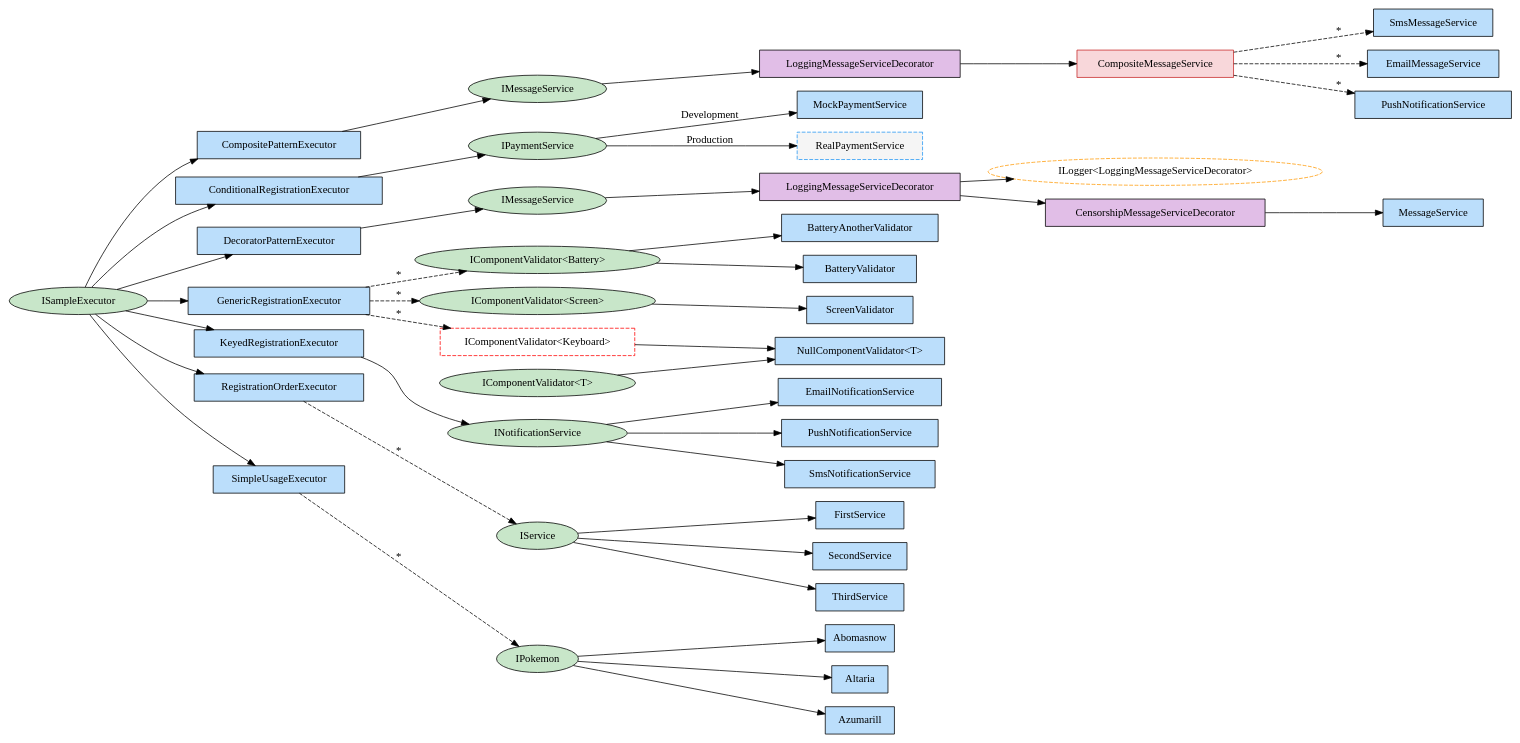
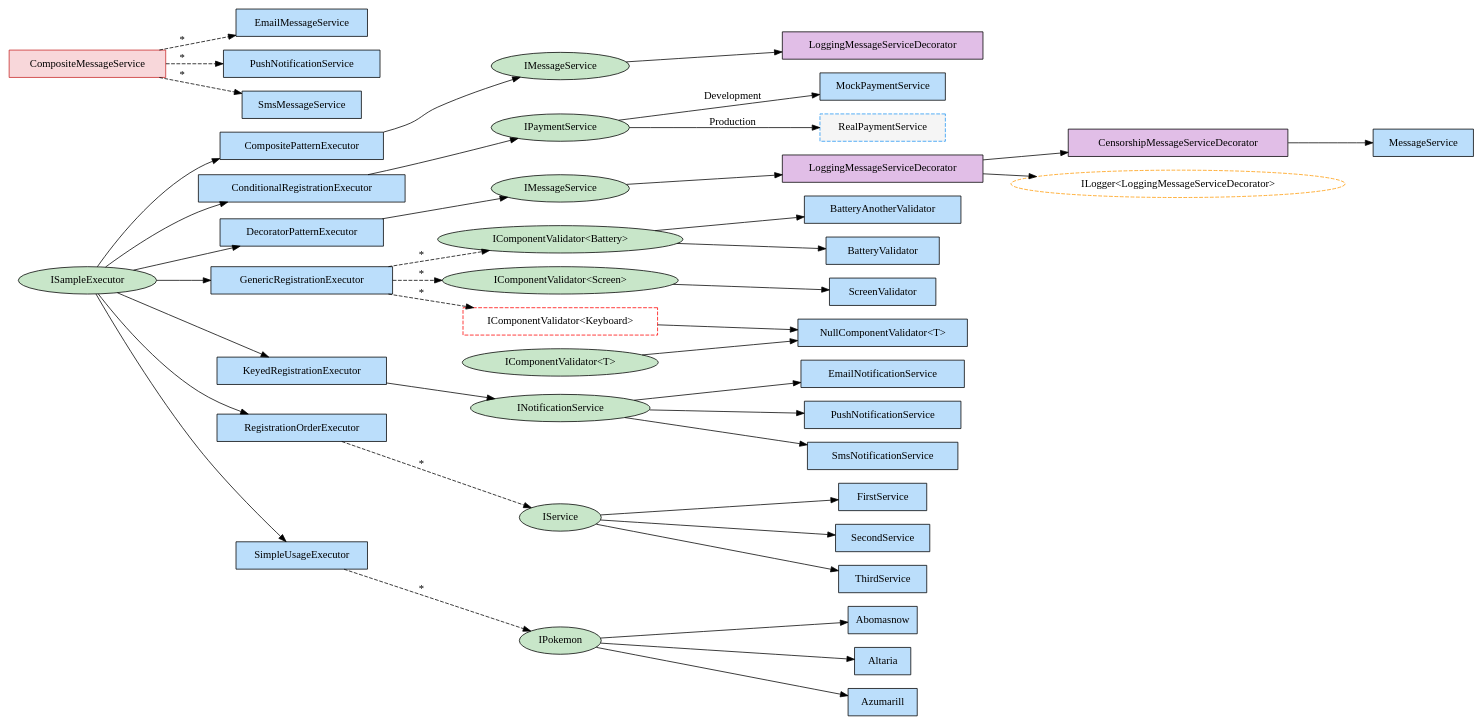
Before and after one commit to arika0093/Qudi: the diagram in examples/Qudi.Example.Readme/exported/all.dot, drawn with Graphviz. The commit also changed 2 other files, not shown here.

```diff
--- a/examples/Qudi.Example.Readme/exported/all.dot
+++ b/examples/Qudi.Example.Readme/exported/all.dot
@@ -1,87 +1,86 @@
 digraph Qudi {
   rankdir=LR;
 node [shape=box, fontname="Consolas"];
   "Qudi.Examples.SimpleUsage.Abomasnow" [label="Abomasnow", shape=box, style=filled, fillcolor="#bbdefb"];
   "Qudi.Examples.SimpleUsage.Altaria" [label="Altaria", shape=box, style=filled, fillcolor="#bbdefb"];
   "Qudi.Examples.SimpleUsage.Azumarill" [label="Azumarill", shape=box, style=filled, fillcolor="#bbdefb"];
   "Qudi.Examples.GenericRegistration.BatteryAnotherValidator" [label="BatteryAnotherValidator", shape=box, style=filled, fillcolor="#bbdefb"];
   "Qudi.Examples.GenericRegistration.BatteryValidator" [label="BatteryValidator", shape=box, style=filled, fillcolor="#bbdefb"];
   "Qudi.Examples.DecoratorPattern.CensorshipMessageServiceDecorator" [label="CensorshipMessageServiceDecorator", shape=box, style=filled, fillcolor="#e1bee7"];
   "Qudi.Examples.CompositePattern.CompositeMessageService" [label="CompositeMessageService", shape=box, style=filled, fillcolor="#f8d7da", color="#c62828"];
   "Qudi.Examples.CompositePattern.CompositePatternExecutor" [label="CompositePatternExecutor", shape=box, style=filled, fillcolor="#bbdefb"];
   "Qudi.Examples.ConditionalRegistration.ConditionalRegistrationExecutor" [label="ConditionalRegistrationExecutor", shape=box, style=filled, fillcolor="#bbdefb"];
   "Qudi.Examples.DecoratorPattern.DecoratorPatternExecutor" [label="DecoratorPatternExecutor", shape=box, style=filled, fillcolor="#bbdefb"];
   "Qudi.Examples.CompositePattern.EmailMessageService" [label="EmailMessageService", shape=box, style=filled, fillcolor="#bbdefb"];
   "Qudi.Examples.KeyedRegistration.EmailNotificationService" [label="EmailNotificationService", shape=box, style=filled, fillcolor="#bbdefb"];
   "Qudi.Examples.RegistrationOrder.FirstService" [label="FirstService", shape=box, style=filled, fillcolor="#bbdefb"];
   "Qudi.Examples.GenericRegistration.GenericRegistrationExecutor" [label="GenericRegistrationExecutor", shape=box, style=filled, fillcolor="#bbdefb"];
   "Qudi.Examples.GenericRegistration.IComponentValidator<Qudi.Examples.GenericRegistration.Battery>" [label="IComponentValidator<Battery>", shape=ellipse, style=filled, fillcolor="#c8e6c9"];
   "Qudi.Examples.GenericRegistration.IComponentValidator<Qudi.Examples.GenericRegistration.Keyboard>" [label="IComponentValidator<Keyboard>", shape=box, style=dashed, color=red];
   "Qudi.Examples.GenericRegistration.IComponentValidator<Qudi.Examples.GenericRegistration.Screen>" [label="IComponentValidator<Screen>", shape=ellipse, style=filled, fillcolor="#c8e6c9"];
   "Qudi.Examples.GenericRegistration.IComponentValidator<T>" [label="IComponentValidator<T>", shape=ellipse, style=filled, fillcolor="#c8e6c9"];
   "Microsoft.Extensions.Logging.ILogger<Qudi.Examples.DecoratorPattern.LoggingMessageServiceDecorator>" [label="ILogger<LoggingMessageServiceDecorator>", shape=ellipse, style=dashed, fillcolor="#ffe0b2", color="#ff9800"];
   "Qudi.Examples.CompositePattern.IMessageService" [label="IMessageService", shape=ellipse, style=filled, fillcolor="#c8e6c9"];
   "Qudi.Examples.DecoratorPattern.IMessageService" [label="IMessageService", shape=ellipse, style=filled, fillcolor="#c8e6c9"];
   "Qudi.Examples.KeyedRegistration.INotificationService" [label="INotificationService", shape=ellipse, style=filled, fillcolor="#c8e6c9"];
   "Qudi.Examples.ConditionalRegistration.IPaymentService" [label="IPaymentService", shape=ellipse, style=filled, fillcolor="#c8e6c9"];
   "Qudi.Examples.SimpleUsage.IPokemon" [label="IPokemon", shape=ellipse, style=filled, fillcolor="#c8e6c9"];
   "Qudi.Examples.ISampleExecutor" [label="ISampleExecutor", shape=ellipse, style=filled, fillcolor="#c8e6c9"];
   "Qudi.Examples.RegistrationOrder.IService" [label="IService", shape=ellipse, style=filled, fillcolor="#c8e6c9"];
   "Qudi.Examples.KeyedRegistration.KeyedRegistrationExecutor" [label="KeyedRegistrationExecutor", shape=box, style=filled, fillcolor="#bbdefb"];
   "Qudi.Examples.CompositePattern.LoggingMessageServiceDecorator" [label="LoggingMessageServiceDecorator", shape=box, style=filled, fillcolor="#e1bee7"];
   "Qudi.Examples.DecoratorPattern.LoggingMessageServiceDecorator" [label="LoggingMessageServiceDecorator", shape=box, style=filled, fillcolor="#e1bee7"];
   "Qudi.Examples.DecoratorPattern.MessageService" [label="MessageService", shape=box, style=filled, fillcolor="#bbdefb"];
   "Qudi.Examples.ConditionalRegistration.MockPaymentService" [label="MockPaymentService", shape=box, style=filled, fillcolor="#bbdefb"];
   "Qudi.Examples.GenericRegistration.NullComponentValidator<T>" [label="NullComponentValidator<T>", shape=box, style=filled, fillcolor="#bbdefb"];
   "Qudi.Examples.CompositePattern.PushNotificationService" [label="PushNotificationService", shape=box, style=filled, fillcolor="#bbdefb"];
   "Qudi.Examples.KeyedRegistration.PushNotificationService" [label="PushNotificationService", shape=box, style=filled, fillcolor="#bbdefb"];
   "Qudi.Examples.ConditionalRegistration.RealPaymentService" [label="RealPaymentService", shape=box, style="filled,dashed", fillcolor="#f5f5f5", color="#2196f3"];
   "Qudi.Examples.RegistrationOrder.RegistrationOrderExecutor" [label="RegistrationOrderExecutor", shape=box, style=filled, fillcolor="#bbdefb"];
   "Qudi.Examples.GenericRegistration.ScreenValidator" [label="ScreenValidator", shape=box, style=filled, fillcolor="#bbdefb"];
   "Qudi.Examples.RegistrationOrder.SecondService" [label="SecondService", shape=box, style=filled, fillcolor="#bbdefb"];
   "Qudi.Examples.SimpleUsage.SimpleUsageExecutor" [label="SimpleUsageExecutor", shape=box, style=filled, fillcolor="#bbdefb"];
   "Qudi.Examples.CompositePattern.SmsMessageService" [label="SmsMessageService", shape=box, style=filled, fillcolor="#bbdefb"];
   "Qudi.Examples.KeyedRegistration.SmsNotificationService" [label="SmsNotificationService", shape=box, style=filled, fillcolor="#bbdefb"];
   "Qudi.Examples.RegistrationOrder.ThirdService" [label="ThirdService", shape=box, style=filled, fillcolor="#bbdefb"];
   "Qudi.Examples.SimpleUsage.IPokemon" -> "Qudi.Examples.SimpleUsage.Altaria";
   "Qudi.Examples.ISampleExecutor" -> "Qudi.Examples.CompositePattern.CompositePatternExecutor";
   "Qudi.Examples.CompositePattern.CompositePatternExecutor" -> "Qudi.Examples.CompositePattern.IMessageService";
   "Qudi.Examples.ConditionalRegistration.IPaymentService" -> "Qudi.Examples.ConditionalRegistration.MockPaymentService" [label="Development"];
   "Qudi.Examples.ConditionalRegistration.IPaymentService" -> "Qudi.Examples.ConditionalRegistration.RealPaymentService" [label="Production"];
   "Qudi.Examples.ISampleExecutor" -> "Qudi.Examples.ConditionalRegistration.ConditionalRegistrationExecutor";
   "Qudi.Examples.ConditionalRegistration.ConditionalRegistrationExecutor" -> "Qudi.Examples.ConditionalRegistration.IPaymentService";
   "Qudi.Examples.ISampleExecutor" -> "Qudi.Examples.DecoratorPattern.DecoratorPatternExecutor";
   "Qudi.Examples.DecoratorPattern.DecoratorPatternExecutor" -> "Qudi.Examples.DecoratorPattern.IMessageService";
   "Qudi.Examples.GenericRegistration.IComponentValidator<T>" -> "Qudi.Examples.GenericRegistration.NullComponentValidator<T>";
   "Qudi.Examples.GenericRegistration.IComponentValidator<Qudi.Examples.GenericRegistration.Battery>" -> "Qudi.Examples.GenericRegistration.BatteryValidator";
   "Qudi.Examples.GenericRegistration.IComponentValidator<Qudi.Examples.GenericRegistration.Battery>" -> "Qudi.Examples.GenericRegistration.BatteryAnotherValidator";
   "Qudi.Examples.GenericRegistration.IComponentValidator<Qudi.Examples.GenericRegistration.Screen>" -> "Qudi.Examples.GenericRegistration.ScreenValidator";
   "Qudi.Examples.ISampleExecutor" -> "Qudi.Examples.GenericRegistration.GenericRegistrationExecutor";
   "Qudi.Examples.GenericRegistration.GenericRegistrationExecutor" -> "Qudi.Examples.GenericRegistration.IComponentValidator<Qudi.Examples.GenericRegistration.Battery>" [label="*", style=dashed];
   "Qudi.Examples.GenericRegistration.GenericRegistrationExecutor" -> "Qudi.Examples.GenericRegistration.IComponentValidator<Qudi.Examples.GenericRegistration.Screen>" [label="*", style=dashed];
   "Qudi.Examples.GenericRegistration.GenericRegistrationExecutor" -> "Qudi.Examples.GenericRegistration.IComponentValidator<Qudi.Examples.GenericRegistration.Keyboard>" [label="*", style=dashed];
   "Qudi.Examples.KeyedRegistration.INotificationService" -> "Qudi.Examples.KeyedRegistration.EmailNotificationService";
   "Qudi.Examples.KeyedRegistration.INotificationService" -> "Qudi.Examples.KeyedRegistration.SmsNotificationService";
   "Qudi.Examples.KeyedRegistration.INotificationService" -> "Qudi.Examples.KeyedRegistration.PushNotificationService";
   "Qudi.Examples.ISampleExecutor" -> "Qudi.Examples.KeyedRegistration.KeyedRegistrationExecutor";
   "Qudi.Examples.KeyedRegistration.KeyedRegistrationExecutor" -> "Qudi.Examples.KeyedRegistration.INotificationService";
   "Qudi.Examples.RegistrationOrder.IService" -> "Qudi.Examples.RegistrationOrder.FirstService";
   "Qudi.Examples.RegistrationOrder.IService" -> "Qudi.Examples.RegistrationOrder.SecondService";
   "Qudi.Examples.RegistrationOrder.IService" -> "Qudi.Examples.RegistrationOrder.ThirdService";
   "Qudi.Examples.ISampleExecutor" -> "Qudi.Examples.RegistrationOrder.RegistrationOrderExecutor";
   "Qudi.Examples.RegistrationOrder.RegistrationOrderExecutor" -> "Qudi.Examples.RegistrationOrder.IService" [label="*", style=dashed];
   "Qudi.Examples.SimpleUsage.IPokemon" -> "Qudi.Examples.SimpleUsage.Abomasnow";
   "Qudi.Examples.ISampleExecutor" -> "Qudi.Examples.SimpleUsage.SimpleUsageExecutor";
   "Qudi.Examples.SimpleUsage.SimpleUsageExecutor" -> "Qudi.Examples.SimpleUsage.IPokemon" [label="*", style=dashed];
   "Qudi.Examples.SimpleUsage.IPokemon" -> "Qudi.Examples.SimpleUsage.Azumarill";
   "Qudi.Examples.CompositePattern.IMessageService" -> "Qudi.Examples.CompositePattern.LoggingMessageServiceDecorator";
-  "Qudi.Examples.CompositePattern.LoggingMessageServiceDecorator" -> "Qudi.Examples.CompositePattern.CompositeMessageService";
   "Qudi.Examples.DecoratorPattern.IMessageService" -> "Qudi.Examples.DecoratorPattern.LoggingMessageServiceDecorator";
   "Qudi.Examples.DecoratorPattern.LoggingMessageServiceDecorator" -> "Qudi.Examples.DecoratorPattern.CensorshipMessageServiceDecorator";
   "Qudi.Examples.DecoratorPattern.LoggingMessageServiceDecorator" -> "Microsoft.Extensions.Logging.ILogger<Qudi.Examples.DecoratorPattern.LoggingMessageServiceDecorator>";
   "Qudi.Examples.DecoratorPattern.CensorshipMessageServiceDecorator" -> "Qudi.Examples.DecoratorPattern.MessageService";
   "Qudi.Examples.CompositePattern.CompositeMessageService" -> "Qudi.Examples.CompositePattern.EmailMessageService" [label="*", style=dashed];
   "Qudi.Examples.CompositePattern.CompositeMessageService" -> "Qudi.Examples.CompositePattern.SmsMessageService" [label="*", style=dashed];
   "Qudi.Examples.CompositePattern.CompositeMessageService" -> "Qudi.Examples.CompositePattern.PushNotificationService" [label="*", style=dashed];
   "Qudi.Examples.GenericRegistration.IComponentValidator<Qudi.Examples.GenericRegistration.Keyboard>" -> "Qudi.Examples.GenericRegistration.NullComponentValidator<T>";
 }
```
